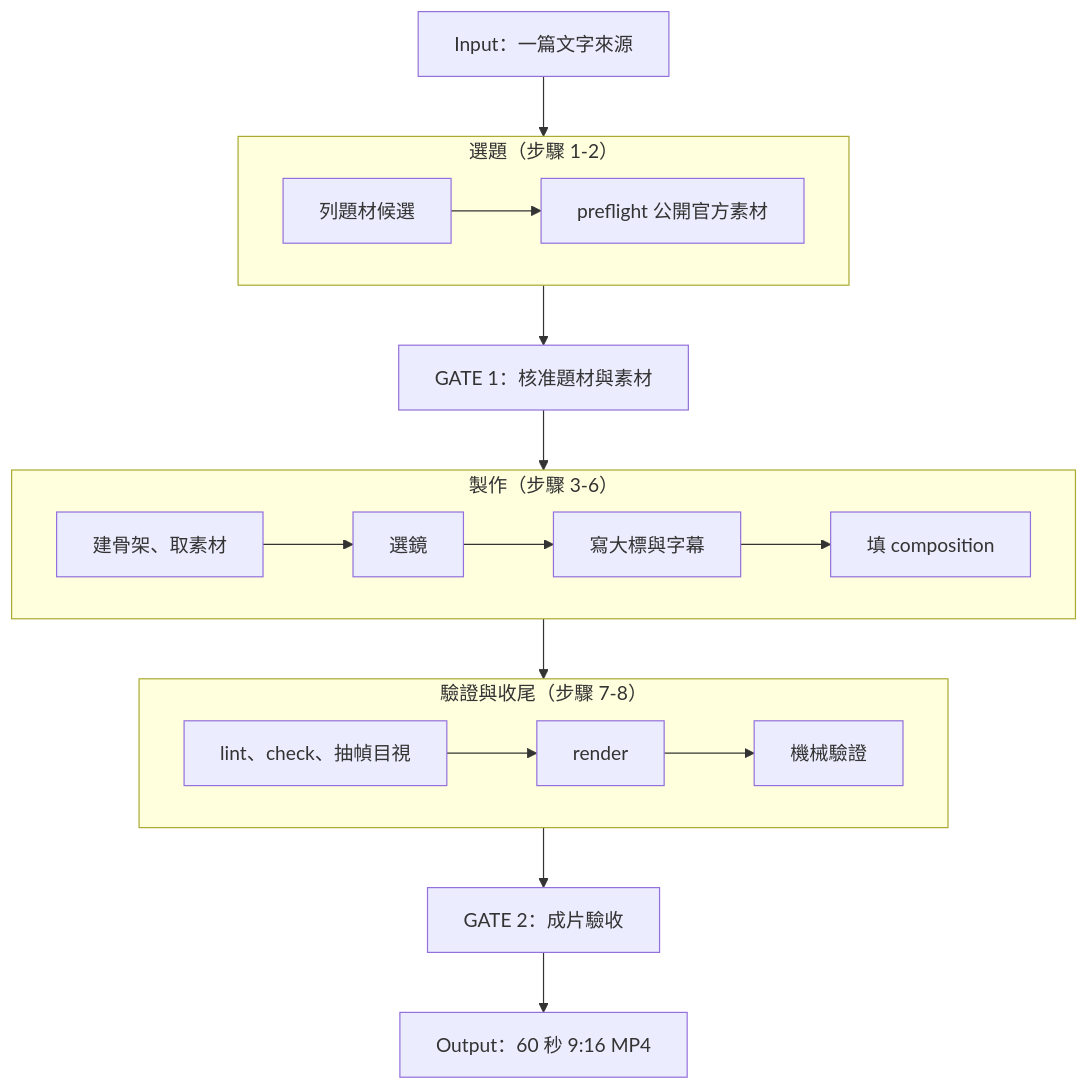
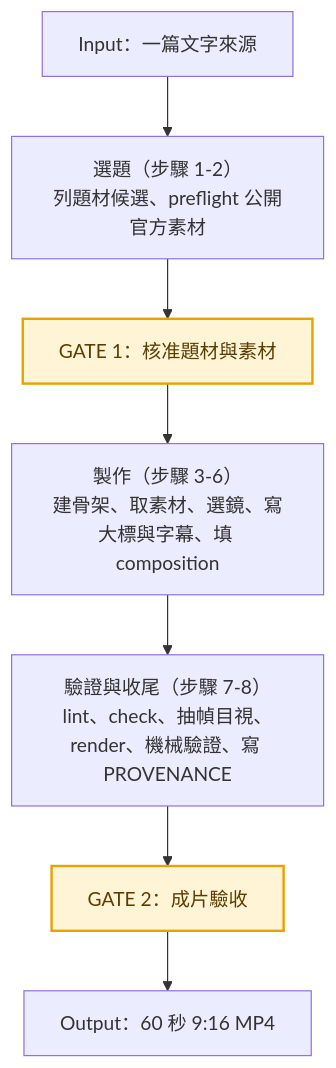
One commit to WilliamCHIU-ETH/sourced-footage-reel-harness changed the diagram in README.md. Above: the diagram before and after it, drawn with Mermaid.

Commit message:
docs: flatten the pipeline diagram to one column
GitHub overrides `direction` on a subgraph that has edges crossing its
boundary, so the three phase groups stacked their nodes vertically anyway
and the diagram rendered 1548px tall — nobody scrolls that. The phases are
now one node each with the steps inline, gates tinted to match the yellow
gates in the architecture PNG; the per-phase breakdown already lives in the
table directly below.

````diff
--- a/README.md
+++ b/README.md
@@ -34,30 +34,15 @@
 ```mermaid
 flowchart TB
     source["Input：一篇文字來源"]
+    pick["選題（步驟 1-2）<br/>列題材候選、preflight 公開官方素材"]
+    gate1["GATE 1：核准題材與素材"]
+    produce["製作（步驟 3-6）<br/>建骨架、取素材、選鏡、寫大標與字幕、填 composition"]
+    verify["驗證與收尾（步驟 7-8）<br/>lint、check、抽幀目視、render、機械驗證、寫 PROVENANCE"]
+    gate2["GATE 2：成片驗收"]
+    output["Output：60 秒 9:16 MP4"]
 
-    subgraph pickBlock["選題（步驟 1-2）"]
-        direction LR
-        candidates["列題材候選"] --> preflight["preflight 公開官方素材"]
-    end
+    source --> pick --> gate1 --> produce --> verify --> gate2 --> output
 
-    gate1["GATE 1：核准題材與素材"]
-
-    subgraph produceBlock["製作（步驟 3-6）"]
-        direction LR
-        fetch["建骨架、取素材"] --> shots["選鏡"] --> copy["寫大標與字幕"] --> comp["填 composition"]
-    end
-
-    subgraph checkBlock["驗證與收尾（步驟 7-8）"]
-        direction LR
-        lintcheck["lint、check、抽幀目視"] --> render["render"] --> verify["機械驗證"]
-    end
-
-    gate2["GATE 2：成片驗收"]
-
-    source --> candidates
-    preflight --> gate1
-    gate1 --> fetch
-    comp --> lintcheck
-    verify --> gate2
-    gate2 --> output["Output：60 秒 9:16 MP4"]
+    classDef gate fill:#FFF4D6,stroke:#E8A200,stroke-width:2px,color:#5C3D00
+    class gate1,gate2 gate
 ```
````
